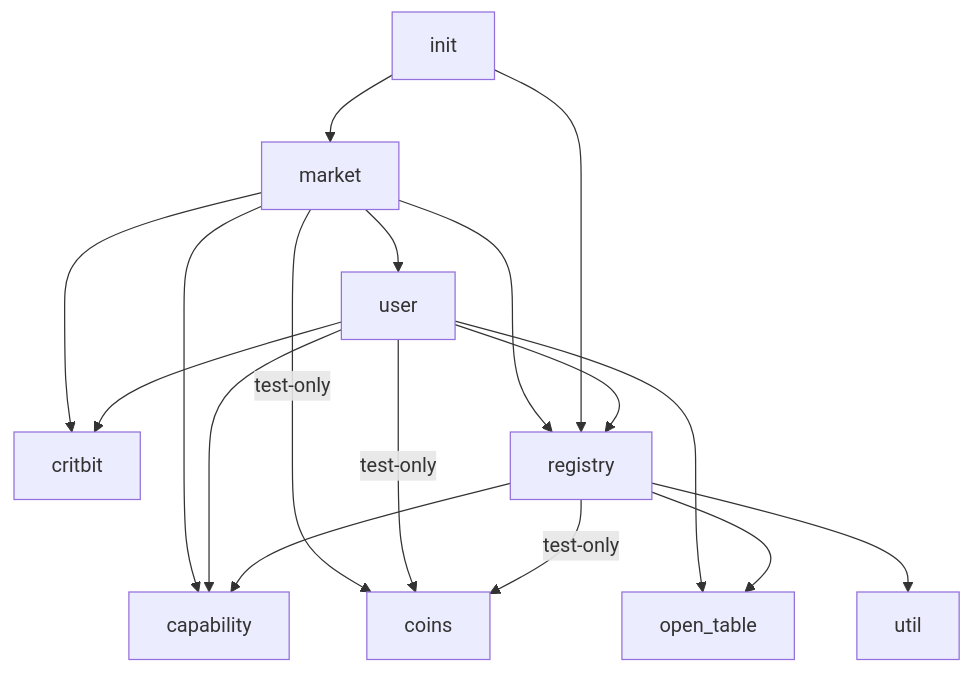
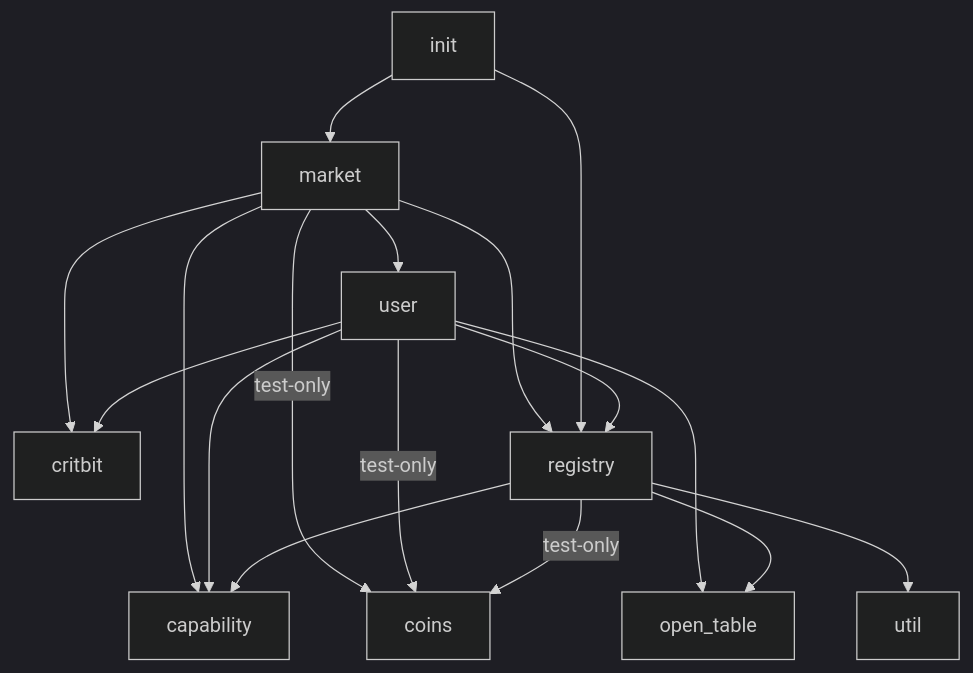
One commit to econia-labs/econia changed the diagram in doc/doc-site/modules.md. Above: the diagram before and after it, drawn with Mermaid.

Commit message:
Add dark theme to dependency graph

````diff
--- a/doc/doc-site/modules.md
+++ b/doc/doc-site/modules.md
@@ -17,21 +17,24 @@
 ```mermaid
+
+%%{init: {'theme':'dark'}}%%
+
 flowchart TD
 
     market --> critbit
     market --> registry
     market --> capability
     market --> |test-only| coins
     market --> user
     init --> registry
     init --> market
     user --> capability
     user --> critbit
     user --> open_table
     user --> registry
     user --> |test-only| coins
     registry --> capability
     registry --> |test-only| coins
     registry --> open_table
     registry --> util
 
 ```
````
